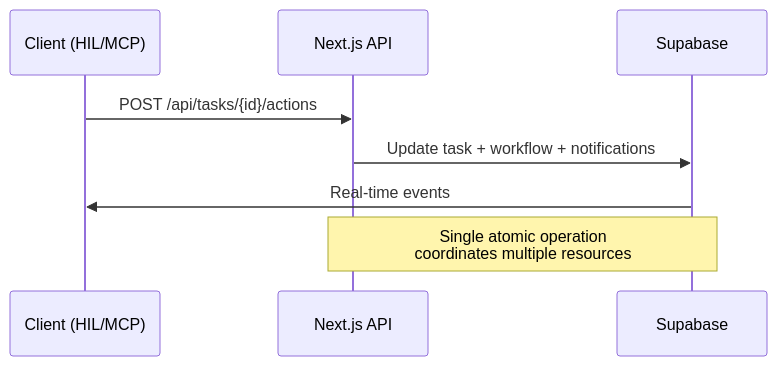
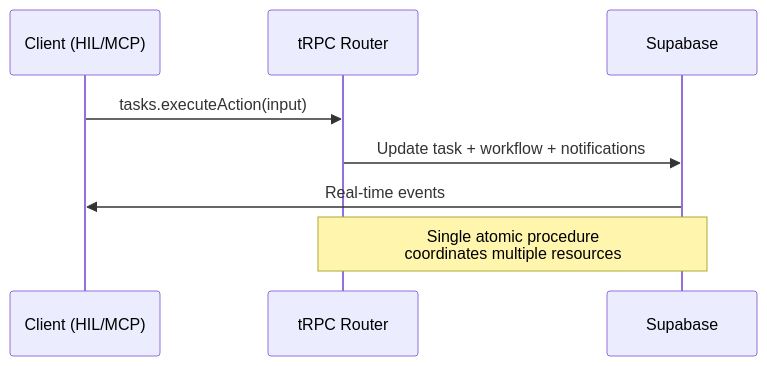
Before and after one commit to InspectHOA/rexera2: the third of 3 diagrams in docs/03_API_SPECIFICATIONS.md, drawn with Mermaid. The commit also changed other lines of this file and 17 other files, not shown here.

Commit message:
Add console logging to auth flow for debugging OAuth issues

````diff
--- a/docs/03_API_SPECIFICATIONS.md
+++ b/docs/03_API_SPECIFICATIONS.md
@@ -123,11 +123,11 @@
 ```mermaid
 sequenceDiagram
     participant Client as Client (HIL/MCP)
-    participant API as Next.js API
+    participant tRPC as tRPC Router
     participant DB as Supabase
 
-    Client->>API: POST /api/tasks/{id}/actions
-    API->>DB: Update task + workflow + notifications
+    Client->>tRPC: tasks.executeAction(input)
+    tRPC->>DB: Update task + workflow + notifications
     DB->>Client: Real-time events
-    Note over API,DB: Single atomic operation<br/>coordinates multiple resources
+    Note over tRPC,DB: Single atomic procedure<br/>coordinates multiple resources
 ```
````
